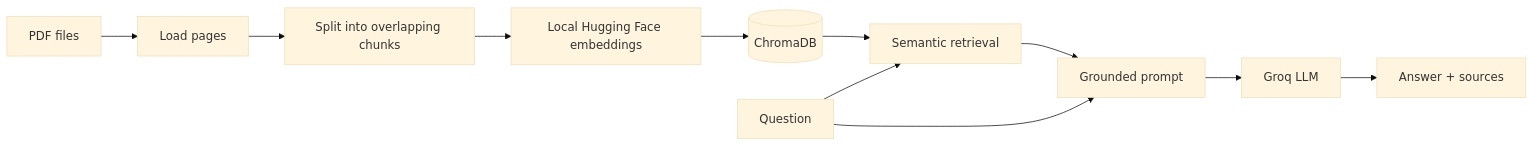
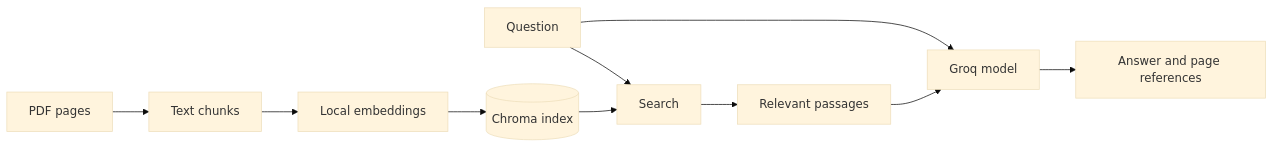
Before and after one commit to alifarzadjamali/local-document-rag-qa: the diagram in README.md, drawn with Mermaid (base theme). The commit also changed other lines of this file, not shown here.

````diff
--- a/README.md
+++ b/README.md
@@ -21,13 +56,12 @@
 ```mermaid
 flowchart LR
-    A[PDF files] --> B[Load pages]
-    B --> C[Split into overlapping chunks]
-    C --> D[Local Hugging Face embeddings]
-    D --> E[(ChromaDB)]
-    Q[Question] --> F[Semantic retrieval]
-    E --> F
-    F --> G[Grounded prompt]
-    Q --> G
-    G --> H[Groq LLM]
-    H --> I[Answer + sources]
+    A[PDF pages] --> B[Text chunks]
+    B --> C[Local embeddings]
+    C --> D[(Chroma index)]
+    Q[Question] --> E[Search]
+    D --> E
+    E --> F[Relevant passages]
+    Q --> G[Groq model]
+    F --> G
+    G --> H[Answer and page references]
 ```
````
